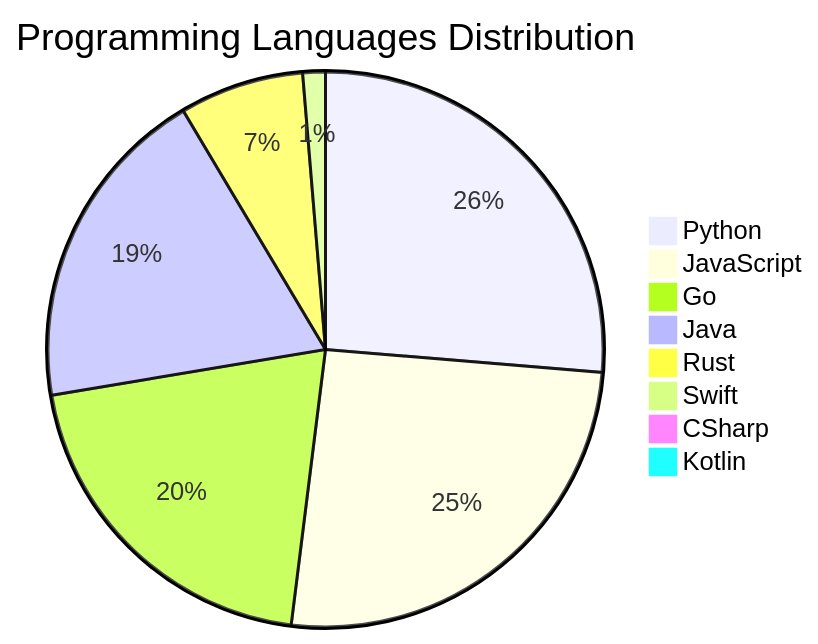
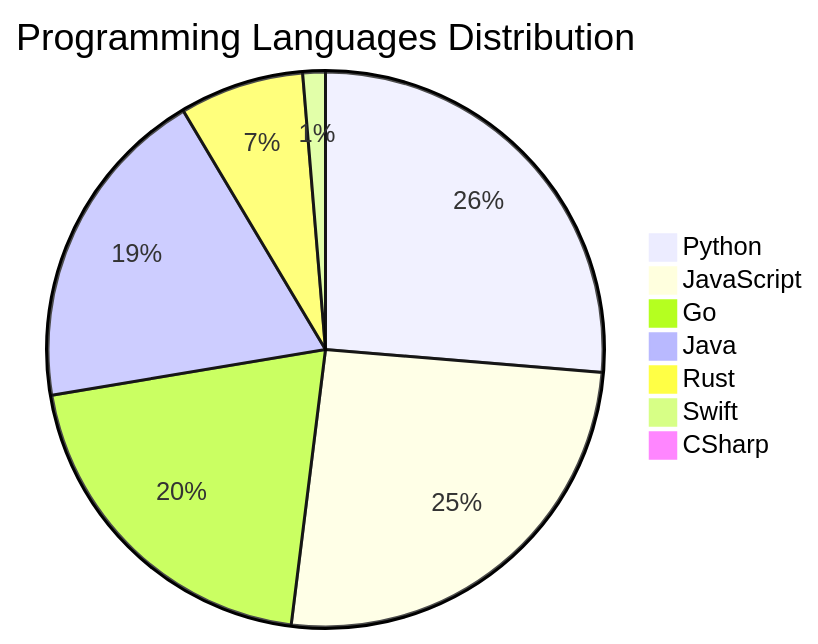
Before and after one commit to Derrick-MUGISHA/github-activity-bot: the diagram in README.md, drawn with Mermaid. The commit also changed other lines of this file and 4 other files, not shown here.

````diff
--- a/README.md
+++ b/README.md
@@ -208,11 +207,10 @@
 ```mermaid
 pie title Programming Languages Distribution
     "Python" : 40
     "JavaScript" : 39
     "Go" : 31
     "Java" : 29
     "Rust" : 11
     "Swift" : 2
     "CSharp" : 1
-    "Kotlin" : 1
 ```
````
